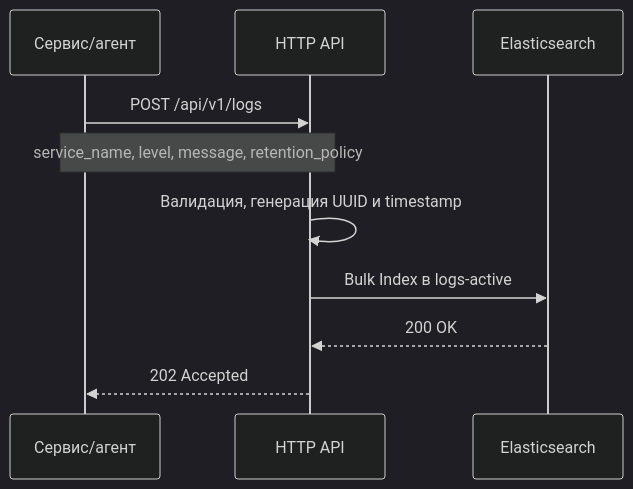
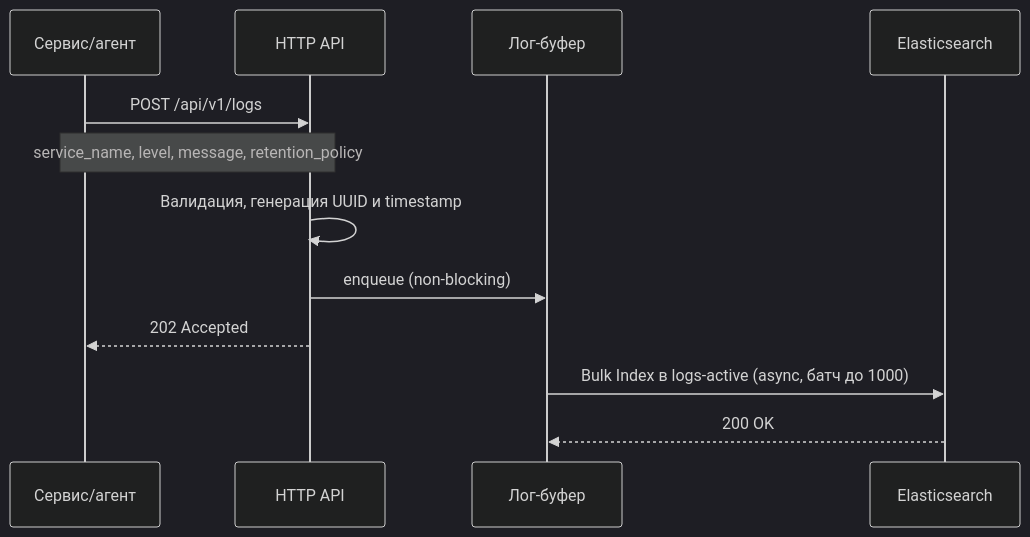
The second of 8 diagrams in README.md (rastamanrin0/telemetry-service), drawn with Mermaid (dark theme) before and after one commit. The commit also changed other lines of this file, not shown here.

````diff
--- a/README.md
+++ b/README.md
@@ -33,13 +235,15 @@
 ```mermaid
 sequenceDiagram
     participant C as Сервис/агент
     participant A as HTTP API
+    participant BUF as Лог-буфер
     participant ES as Elasticsearch
 
     C->>A: POST /api/v1/logs
     Note over C,A: service_name, level, message, retention_policy
     A->>A: Валидация, генерация UUID и timestamp
-    A->>ES: Bulk Index в logs-active
-    ES-->>A: 200 OK
+    A->>BUF: enqueue (non-blocking)
     A-->>C: 202 Accepted
+    BUF->>ES: Bulk Index в logs-active (async, батч до 1000)
+    ES-->>BUF: 200 OK
 ```
````
